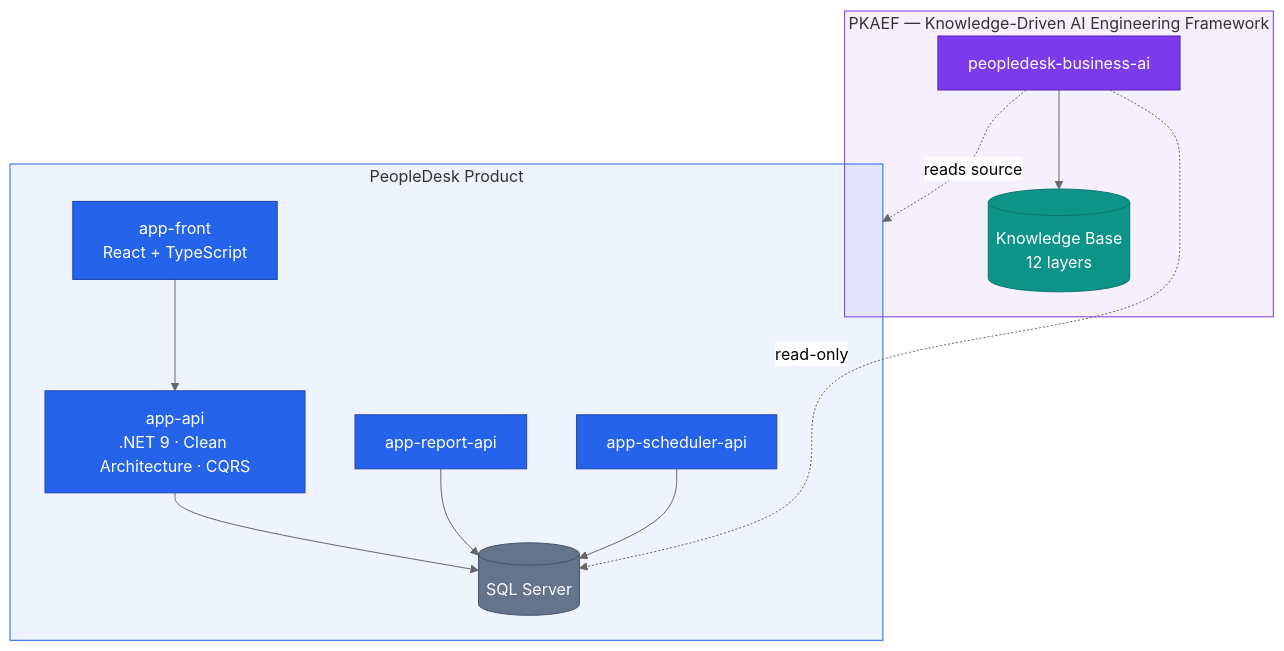
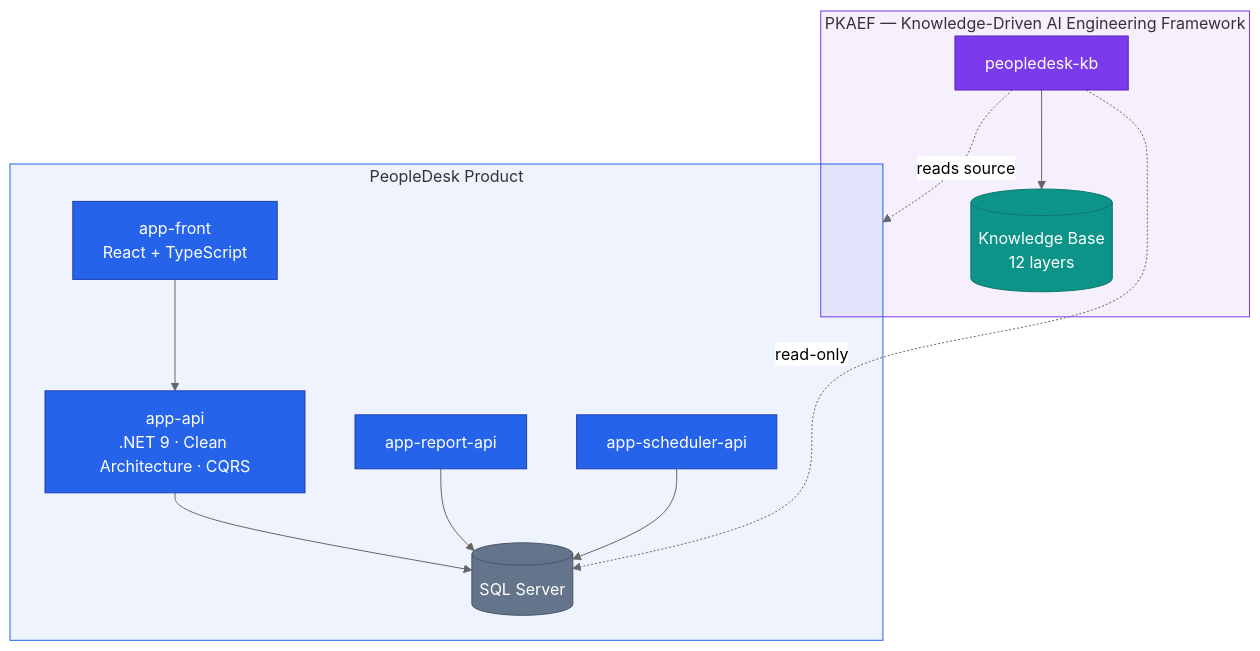
One commit to peopledesk-app/engineering-blueprint changed the first of 6 diagrams in pkaef/README.md. Above: the diagram before and after it, drawn with Mermaid (neutral theme). The commit also changed other lines of this file and 4 other files, not shown here.

````diff
--- a/pkaef/README.md
+++ b/pkaef/README.md
@@ -28,36 +28,36 @@
 ```mermaid
 flowchart TB
 
 subgraph Product["PeopleDesk Product"]
     FE[app-front<br/>React + TypeScript]
     API[app-api<br/>.NET 9 · Clean Architecture · CQRS]
     RPT[app-report-api]
     SCH[app-scheduler-api]
     DB[(SQL Server)]
 end
 
 subgraph AI["PKAEF — Knowledge-Driven AI Engineering Framework"]
-    BAI[peopledesk-business-ai]
+    BAI[peopledesk-kb]
     KB[(Knowledge Base<br/>12 layers)]
 end
 
 FE --> API
 API --> DB
 RPT --> DB
 SCH --> DB
 
 BAI --> KB
 BAI -.reads source.-> Product
 BAI -.read-only.-> DB
 
 classDef env fill:#2563EB,stroke:#1E40AF,color:#FFFFFF
 classDef ai fill:#7C3AED,stroke:#5B21B6,color:#FFFFFF
 classDef kb fill:#0D9488,stroke:#0F766E,color:#FFFFFF
 classDef db fill:#64748B,stroke:#475569,color:#FFFFFF
 class FE,API,RPT,SCH env
 class DB db
 class BAI ai
 class KB kb
 style Product fill:#2563EB14,stroke:#2563EB
 style AI fill:#7C3AED14,stroke:#7C3AED
 ```
````
